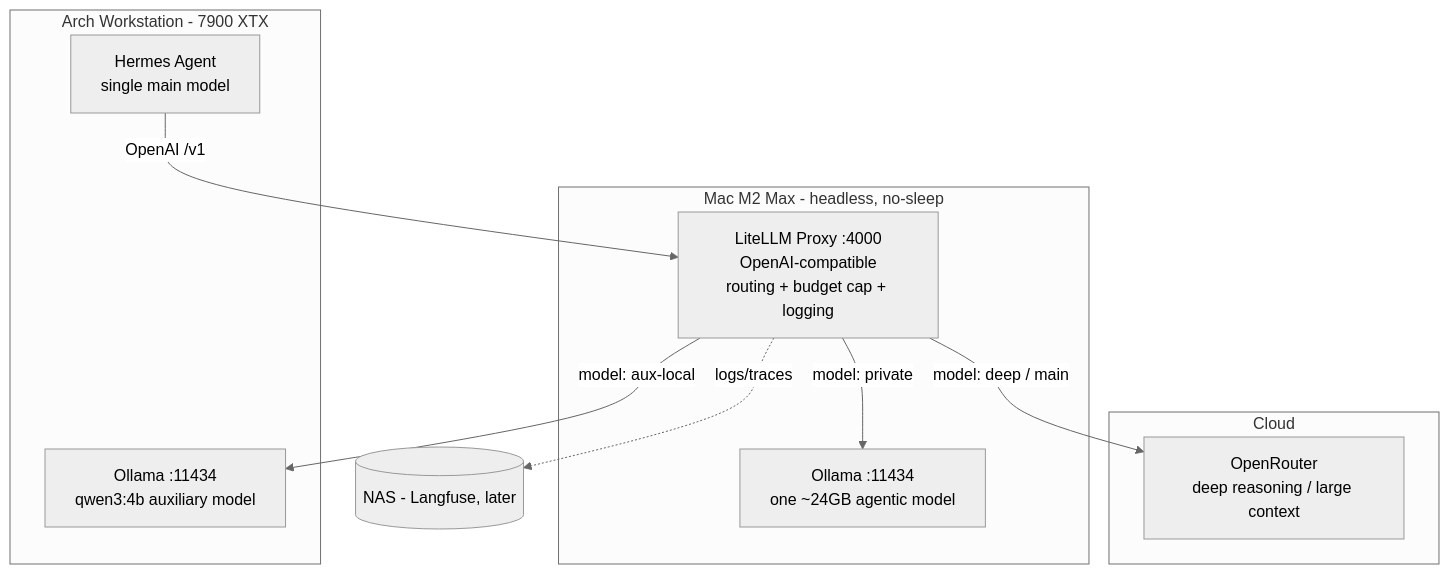
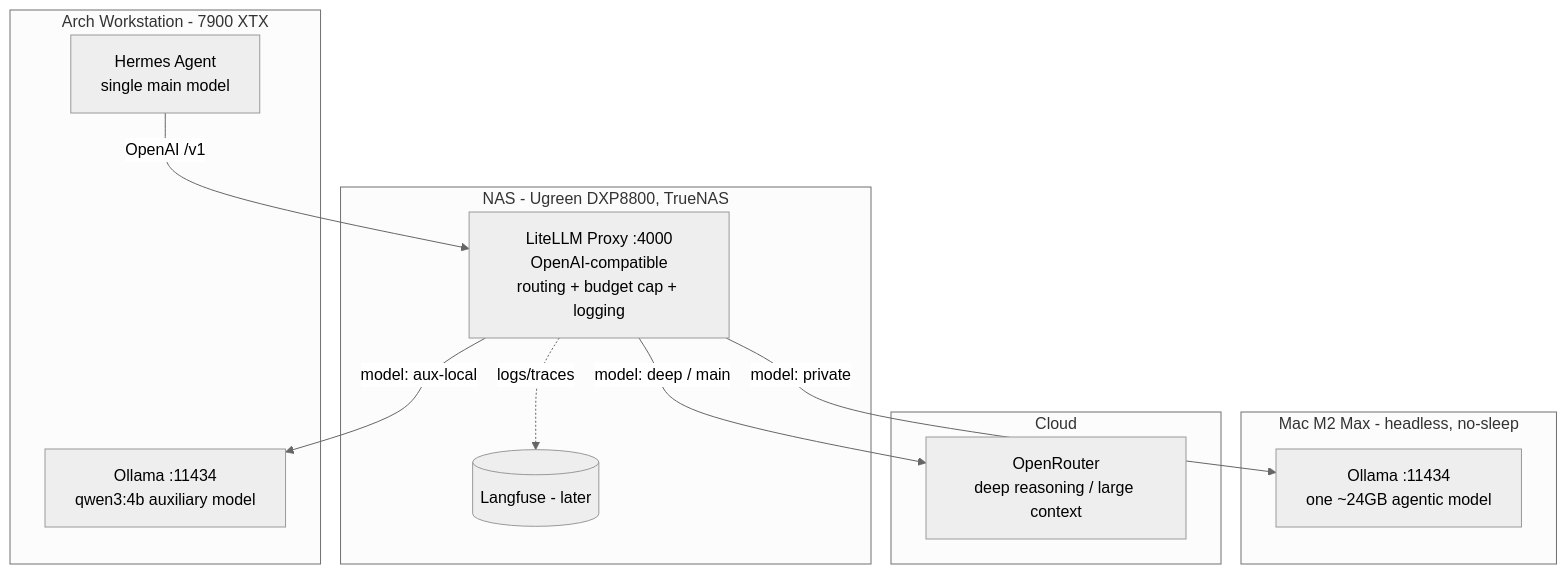
One commit to DerTechie/AISetup changed the diagram in README.md. Above: the diagram before and after it, drawn with Mermaid (neutral theme). The commit also changed other lines of this file and 8 other files, not shown here.

First line of the commit message:
feat(gateway): move LiteLLM gateway from Mac to NAS (Dockge/TrueNAS)

````diff
--- a/README.md
+++ b/README.md
@@ -13,21 +13,23 @@
 ```mermaid
 graph TD
     subgraph Arch[Arch Workstation - 7900 XTX]
         H[Hermes Agent<br/>single main model]
         OA[Ollama :11434<br/>qwen3:4b auxiliary model]
     end
+    subgraph NASbox[NAS - Ugreen DXP8800, TrueNAS]
+        L[LiteLLM Proxy :4000<br/>OpenAI-compatible<br/>routing + budget cap + logging]
+        LF[(Langfuse - later)]
+        L -. logs/traces .-> LF
+    end
     subgraph Mac[Mac M2 Max - headless, no-sleep]
-        L[LiteLLM Proxy :4000<br/>OpenAI-compatible<br/>routing + budget cap + logging]
         O[Ollama :11434<br/>one ~24GB agentic model]
-        L -->|model: private| O
     end
     subgraph Cloud[Cloud]
         OR[OpenRouter<br/>deep reasoning / large context]
     end
-    NAS[(NAS - Langfuse, later)]
 
     H -->|OpenAI /v1| L
+    L -->|model: private| O
     L -->|model: aux-local| OA
     L -->|model: deep / main| OR
-    L -. logs/traces .-> NAS
 ```
````
